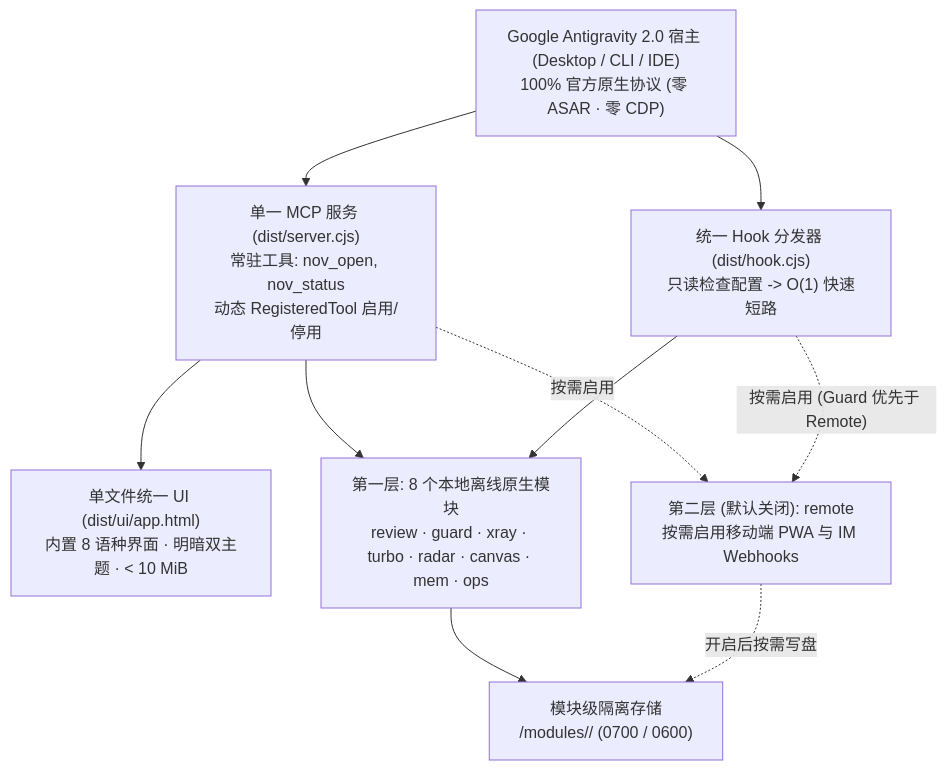
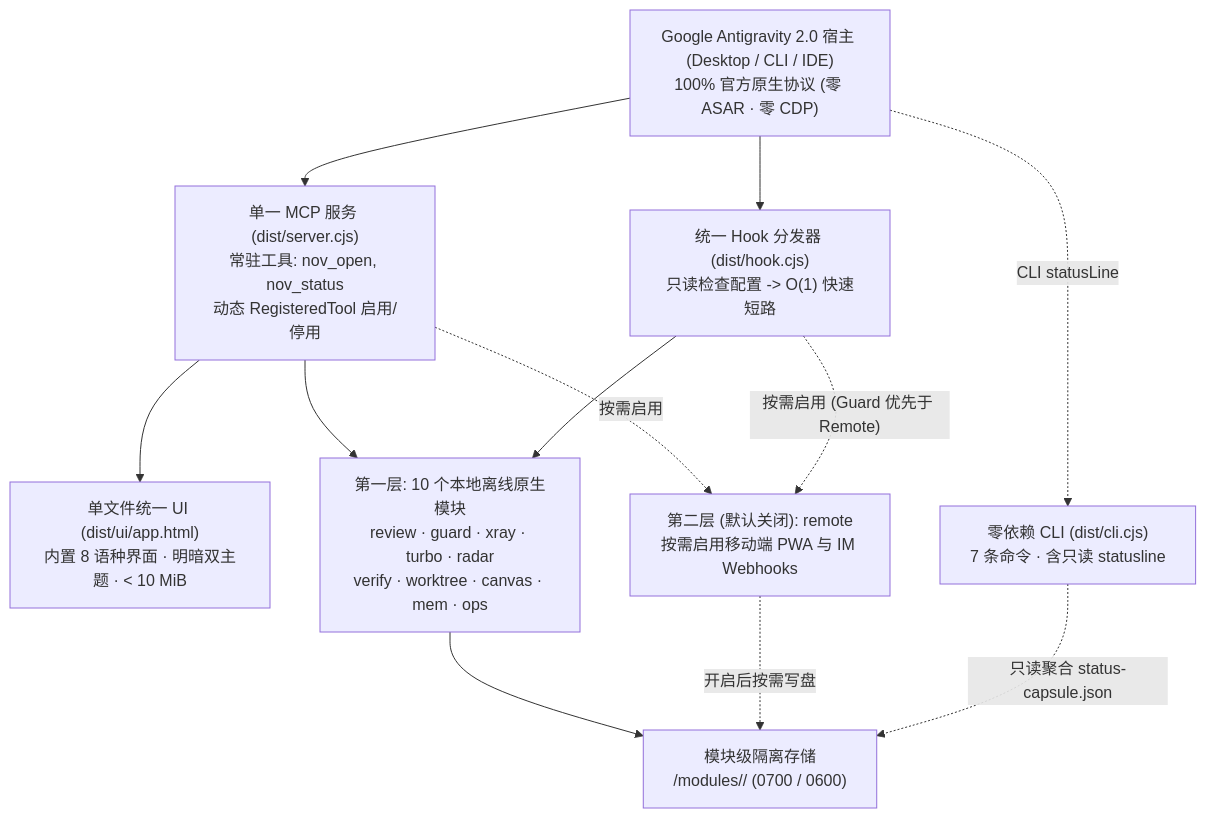
Before and after one commit to tone-leh/agy-NOV: the diagram in docs/i18n/README.zh-CN.md, drawn with Mermaid. The commit also changed other lines of this file and 60 other files, not shown here.

Commit message:
feat(v0.3.0): Verify Gate Stop-hook, Git Worktree Orchestrator, Swarm Lineage telemetry & CLI statusline

````diff
--- a/docs/i18n/README.zh-CN.md
+++ b/docs/i18n/README.zh-CN.md
@@ -188,20 +192,23 @@
 ```mermaid
 flowchart TB
   Host["Google Antigravity 2.0 宿主 (Desktop / CLI / IDE)\n100% 官方原生协议 (零 ASAR · 零 CDP)"]
   MCP["单一 MCP 服务 (dist/server.cjs)\n常驻工具: nov_open, nov_status\n动态 RegisteredTool 启用/停用"]
   UI["单文件统一 UI (dist/ui/app.html)\n内置 8 语种界面 · 明暗双主题 · < 10 MiB"]
   Hook["统一 Hook 分发器 (dist/hook.cjs)\n只读检查配置 -> O(1) 快速短路"]
+  CLI["零依赖 CLI (dist/cli.cjs)\n7 条命令 · 含只读 statusline"]
   Store["模块级隔离存储\n<dataDir>/modules/<id>/ (0700 / 0600)"]
-  T1["第一层: 8 个本地离线原生模块\nreview · guard · xray · turbo · radar · canvas · mem · ops"]
+  T1["第一层: 10 个本地离线原生模块\nreview · guard · xray · turbo · radar\nverify · worktree · canvas · mem · ops"]
   T2R["第二层 (默认关闭): remote\n按需启用移动端 PWA 与 IM Webhooks"]
 
   Host --> MCP
   Host --> Hook
+  Host -. "CLI statusLine" .-> CLI
   MCP --> UI
   MCP --> T1
   MCP -. "按需启用" .-> T2R
   Hook --> T1
   Hook -. "按需启用 (Guard 优先于 Remote)" .-> T2R
   T1 --> Store
   T2R -. "开启后按需写盘" .-> Store
+  CLI -. "只读聚合 status-capsule.json" .-> Store
 ```
````
